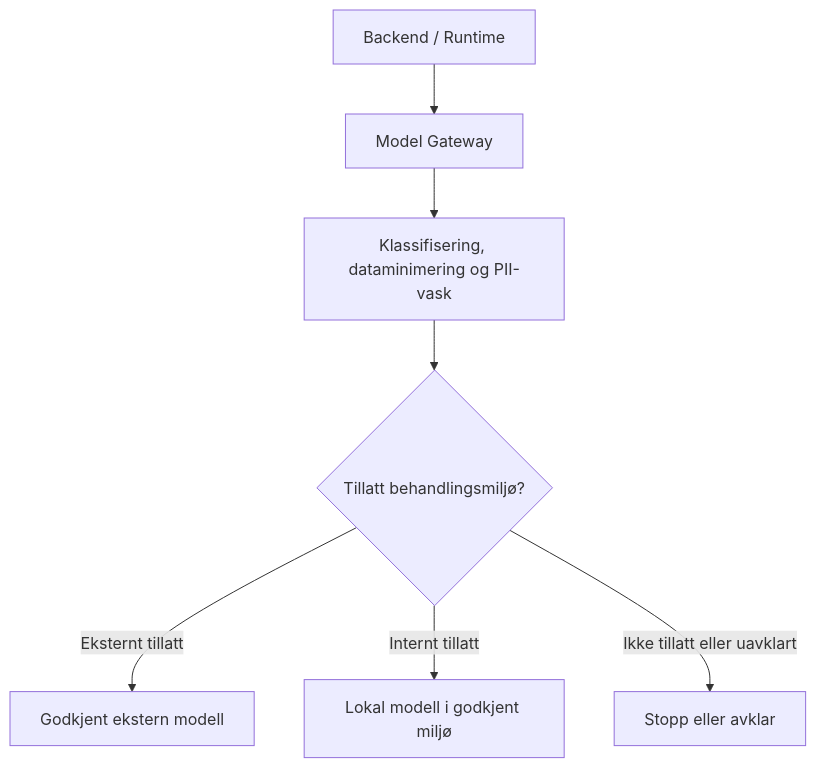
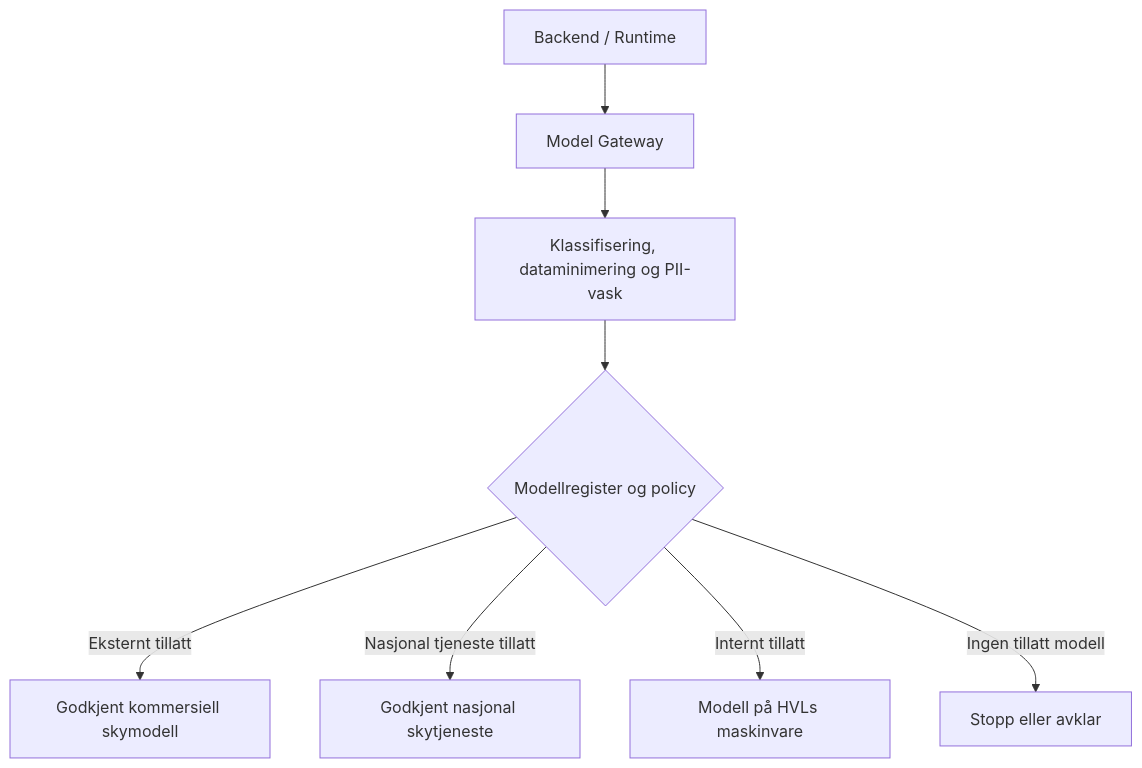
One commit to IvarRosenbergHVL/hvl-ki-documentation changed the first of 2 diagrams in docs/utviklere/modeller.mdx. Above: the diagram before and after it, drawn with Mermaid. The commit also changed other lines of this file, not shown here.

Commit message:
Beskriv hybrid modellregister, automatisk ruting og norsk syntesemodell

````diff
--- a/docs/utviklere/modeller.mdx
+++ b/docs/utviklere/modeller.mdx
@@ -8,9 +16,10 @@
 ```mermaid
 flowchart TD
  R[Backend / Runtime] --> G[Model Gateway]
  G --> P[Klassifisering, dataminimering og PII-vask]
- P --> D{Tillatt behandlingsmiljø?}
- D -->|Eksternt tillatt| E[Godkjent ekstern modell]
- D -->|Internt tillatt| L[Lokal modell i godkjent miljø]
- D -->|Ikke tillatt eller uavklart| X[Stopp eller avklar]
+ P --> D{Modellregister og policy}
+ D -->|Eksternt tillatt| E[Godkjent kommersiell skymodell]
+ D -->|Nasjonal tjeneste tillatt| N[Godkjent nasjonal skytjeneste]
+ D -->|Internt tillatt| L[Modell på HVLs maskinvare]
+ D -->|Ingen tillatt modell| X[Stopp eller avklar]
 ```
````
